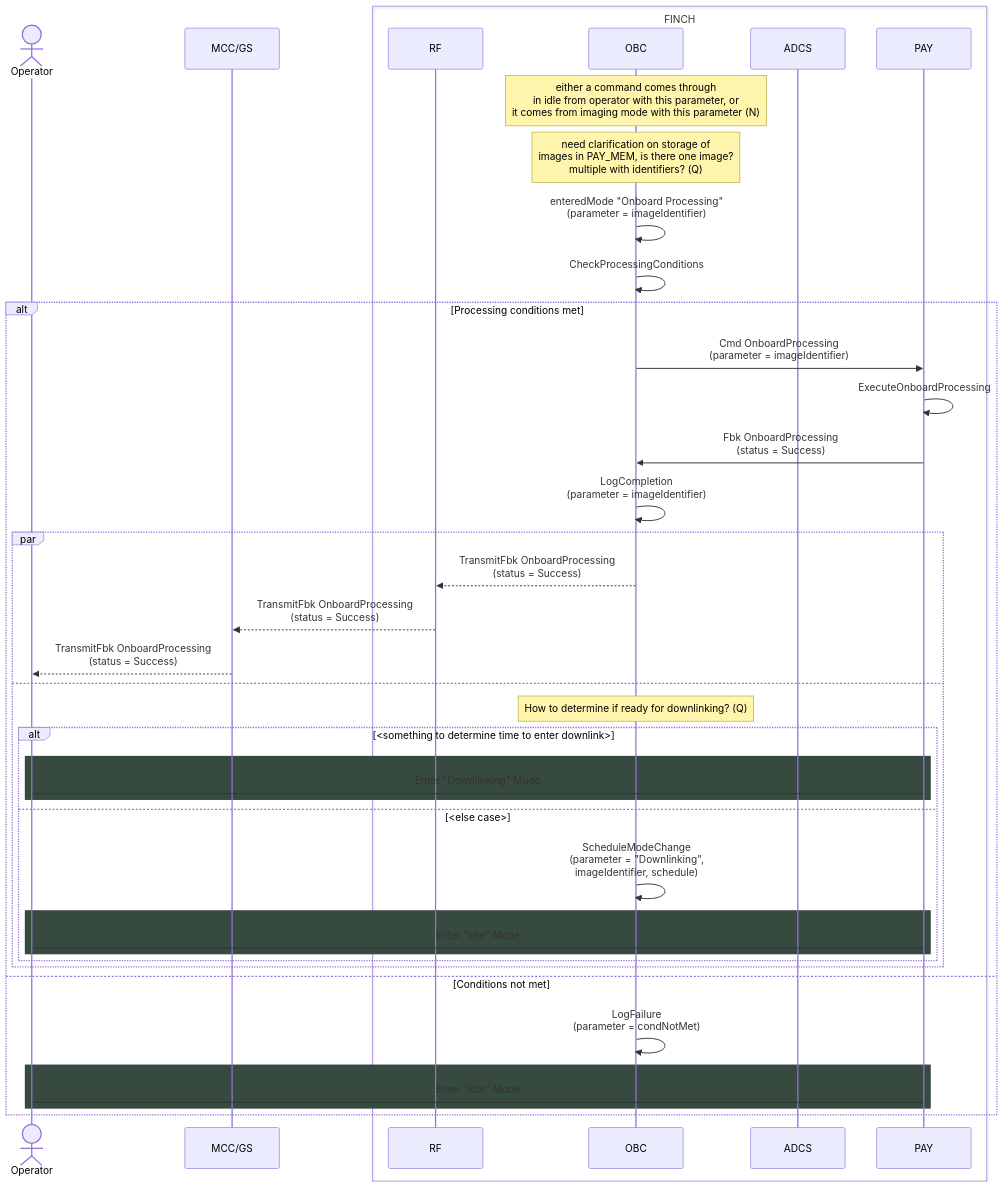
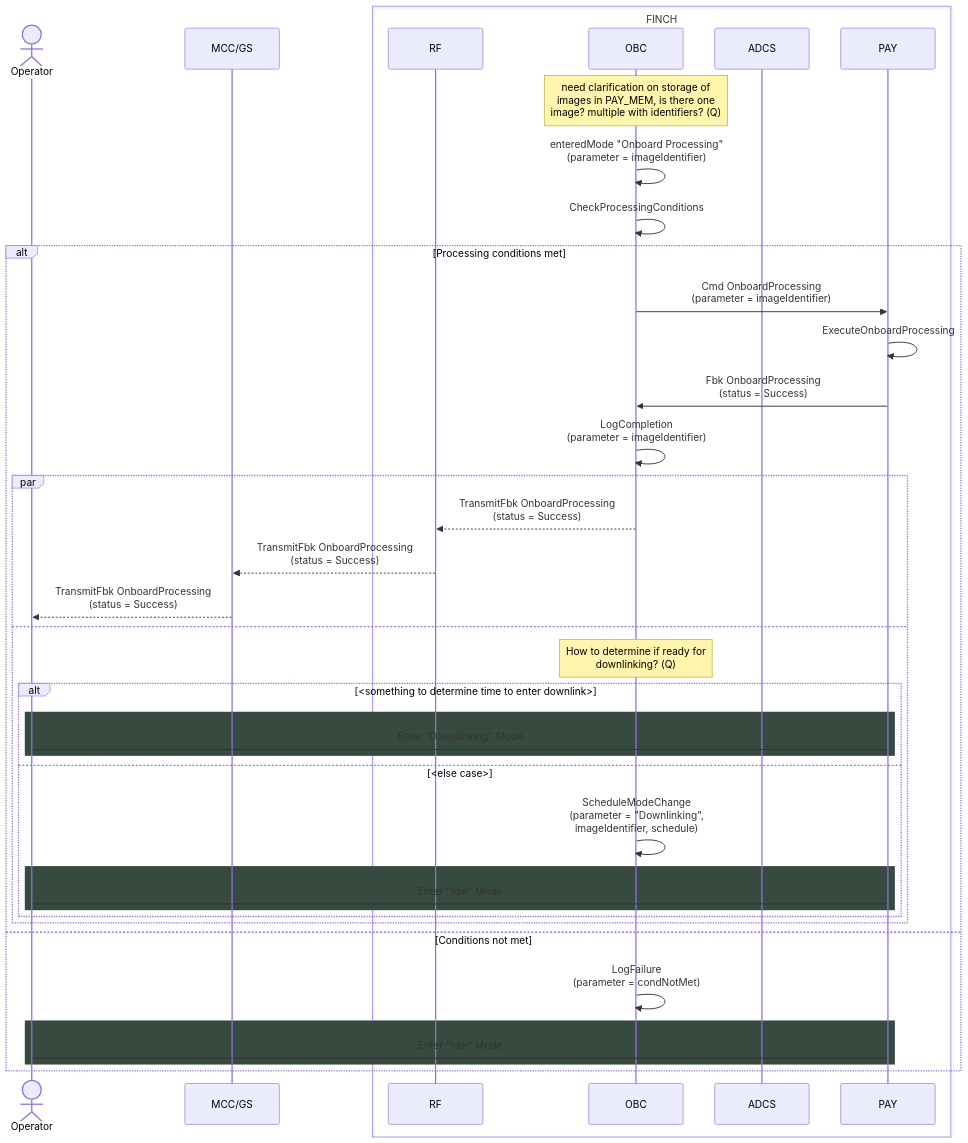
The diagram in command sequences/onboard-processing-command.md (Addy-lit/FINCH-system-architecture), drawn with Mermaid before and after one commit.

````diff
--- a/command sequences/onboard-processing-command.md
+++ b/command sequences/onboard-processing-command.md
@@ -2,47 +2,46 @@
 ```mermaid
 
 sequenceDiagram
     Actor Operator
     participant MCC/GS
     box FINCH
         participant RF
         participant OBC
         participant ADCS
         participant PAY
     end
 
-	note over OBC: either a command comes through <br> in idle from operator with this parameter, or <br> it comes from imaging mode with this parameter (N)
-	note over OBC: need clarification on storage of <br> images in PAY_MEM, is there one image? <br> multiple with identifiers? (Q)
+	note over OBC: need clarification on storage of <br> images in PAY_MEM, is there one <br> image? multiple with identifiers? (Q)
 	OBC ->> OBC: enteredMode "Onboard Processing" <br> (parameter = imageIdentifier)
 
     OBC ->> OBC: CheckProcessingConditions
     alt Processing conditions met
         OBC ->> PAY: Cmd OnboardProcessing <br> (parameter = imageIdentifier)
         PAY ->> PAY: ExecuteOnboardProcessing
         PAY ->> OBC: Fbk OnboardProcessing <br> (status = Success)
 		OBC ->> OBC: LogCompletion <br> (parameter = imageIdentifier)
       
         par
             OBC -->> RF: TransmitFbk OnboardProcessing <br> (status = Success)
             RF -->> MCC/GS: TransmitFbk OnboardProcessing <br> (status = Success)
             MCC/GS -->> Operator: TransmitFbk OnboardProcessing <br> (status = Success)
         and
-			note over OBC: How to determine if ready for downlinking? (Q)
+			note over OBC: How to determine if ready for <br> downlinking? (Q)
 			alt <something to determine time to enter downlink>
 				rect rgb(54,74,63)
       	      		Operator -> PAY: Enter "Downlinking" Mode
             	end
 			else <else case>
 				OBC ->> OBC: ScheduleModeChange <br> (parameter = "Downlinking", <br> imageIdentifier, schedule)
 	    		rect rgb(54,74,63)
       	     	  	Operator -> PAY: Enter "Idle" Mode
            	 	end
 			end
 		end
     else Conditions not met
 		OBC ->> OBC: LogFailure <br> (parameter = condNotMet)
         rect rgb(54,74,63)
 	        Operator -> PAY: Enter "Idle" Mode
         end
     end
 ```
````
